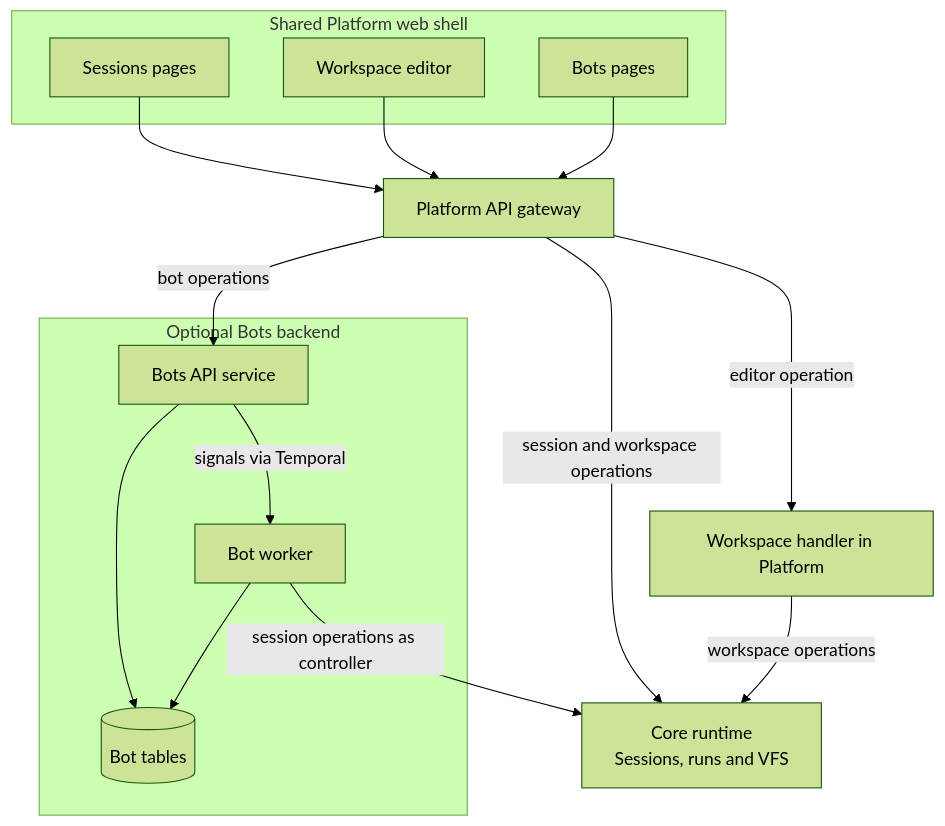
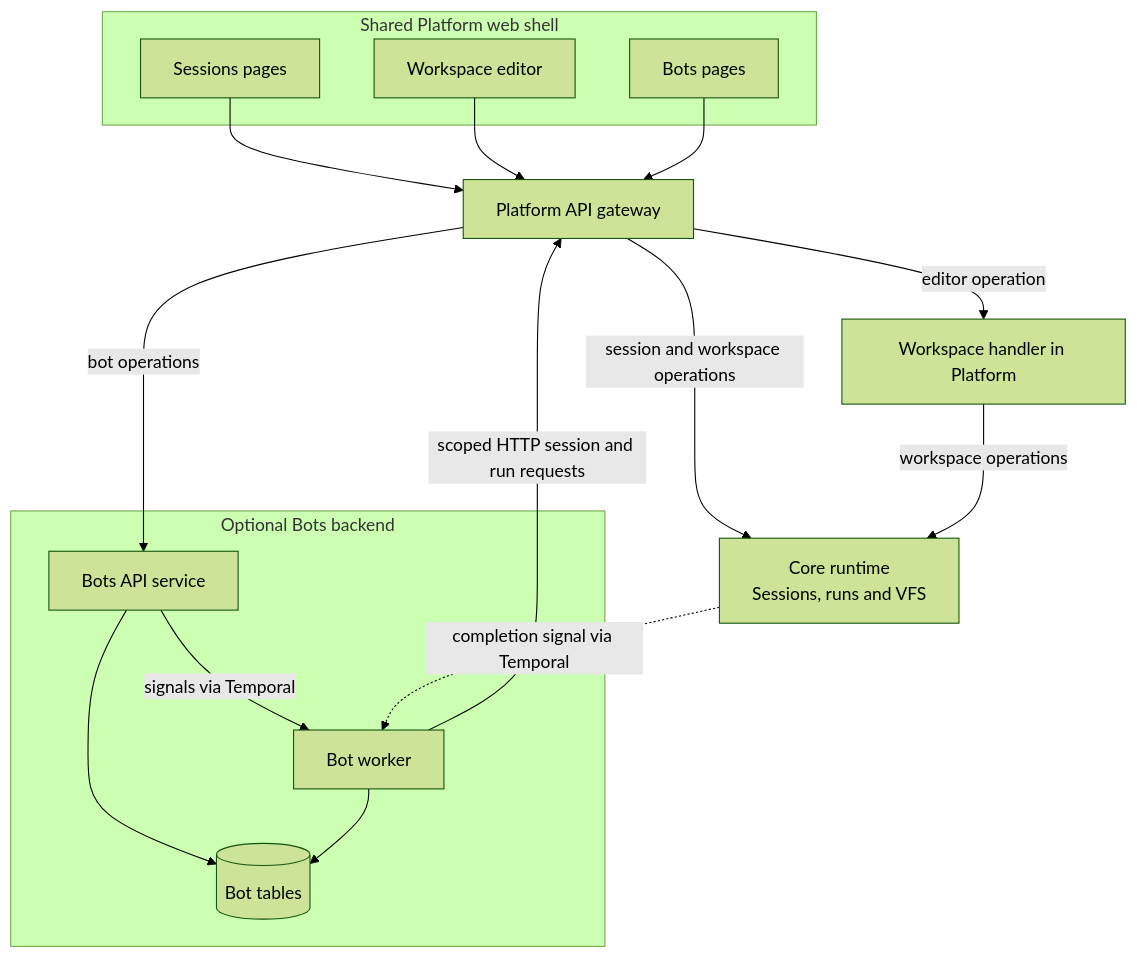
Before and after one commit to smartcomputer-ai/lightspeed: the second of 4 diagrams in docs/roadmap/later/pNNN-platform-modules.md, drawn with Mermaid (forest theme). The commit also changed other lines of this file, not shown here.

````diff
--- a/docs/roadmap/later/pNNN-platform-modules.md
+++ b/docs/roadmap/later/pNNN-platform-modules.md
@@ -48,21 +48,22 @@
 ```mermaid
 flowchart TB
     subgraph shell["Shared Platform web shell"]
         sessions["Sessions pages"]
         workspaces["Workspace editor"]
         botsUI["Bots pages"]
     end
     sessions --> gate["Platform API gateway"]
     workspaces --> gate
     botsUI --> gate
     gate -->|session and workspace operations| runtime["Core runtime<br/>Sessions, runs and VFS"]
     gate -->|editor operation| editor["Workspace handler in Platform"]
     editor -->|workspace operations| runtime
     gate -->|bot operations| bots["Bots API service"]
     subgraph module["Optional Bots backend"]
         bots --> tables[("Bot tables")]
         bots -->|signals via Temporal| worker["Bot worker"]
         worker --> tables
     end
-    worker -->|session operations as controller| runtime
+    worker -->|scoped HTTP session and run requests| gate
+    runtime -.->|completion signal via Temporal| worker
 ```
````
